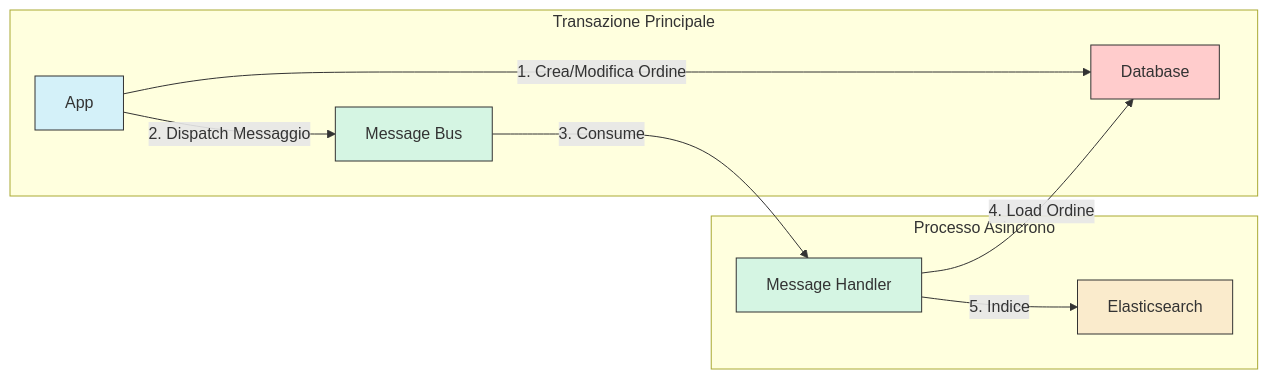
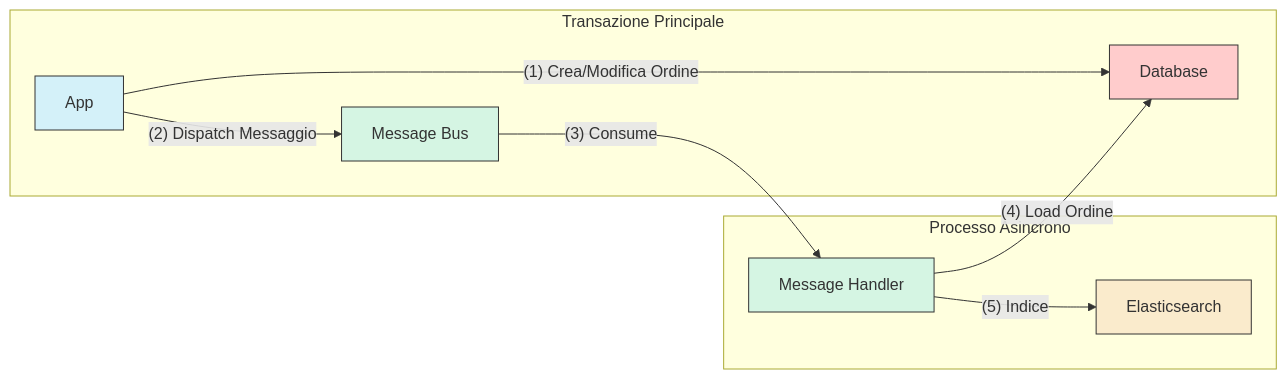
The fourth of 5 diagrams in readme.md (mikmo/order-product-poc), drawn with Mermaid before and after one commit.

Commit message:
fixed readme.md part 4

````diff
--- a/readme.md
+++ b/readme.md
@@ -450,19 +450,19 @@
 ```mermaid
 flowchart LR
     subgraph "Transazione Principale"
-        A[App] -->|"1. Crea/Modifica Ordine"| B[Database]
-        A -->|"2. Dispatch Messaggio"| C[Message Bus]
+        A[App] -->|"(1) Crea/Modifica Ordine"| B[Database]
+        A -->|"(2) Dispatch Messaggio"| C[Message Bus]
     end
     
     subgraph "Processo Asincrono"
-        C -->|"3. Consume"| D[Message Handler]
-        D -->|"4. Load Ordine"| B
-        D -->|"5. Indice"| E[Elasticsearch]
+        C -->|"(3) Consume"| D[Message Handler]
+        D -->|"(4) Load Ordine"| B
+        D -->|"(5) Indice"| E[Elasticsearch]
     end
     
     style A fill:#d4f1f9,stroke:#333
     style B fill:#ffcccc,stroke:#333
     style C fill:#d5f5e3,stroke:#333
     style D fill:#d5f5e3,stroke:#333
     style E fill:#faebcc,stroke:#333
 ```
````
